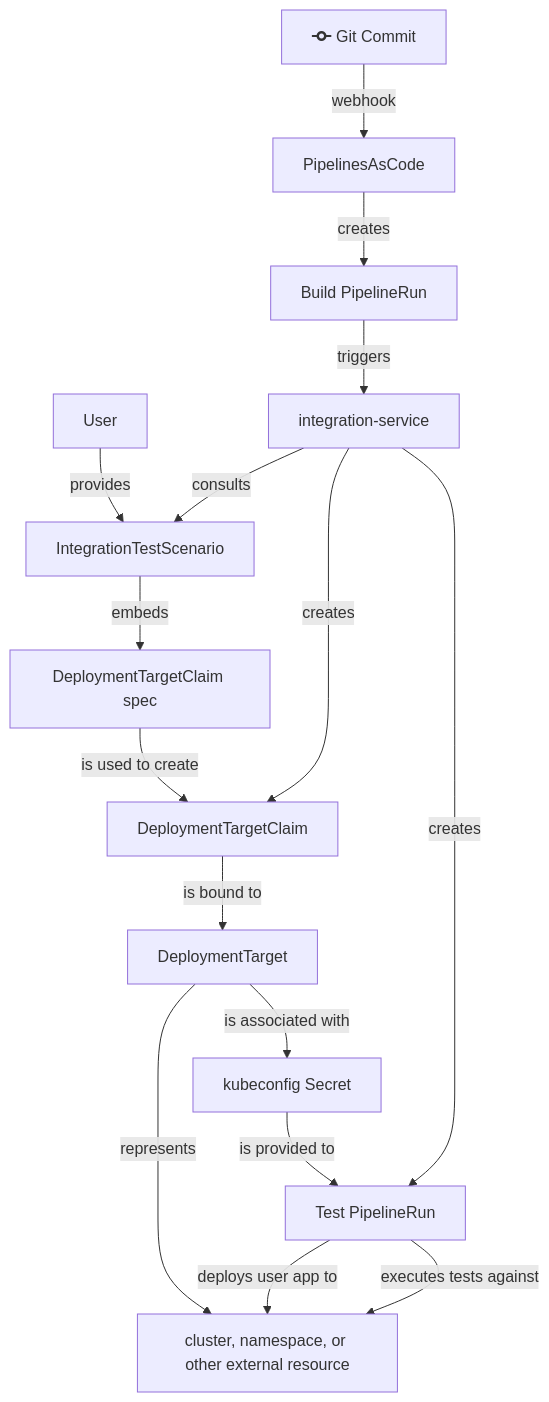
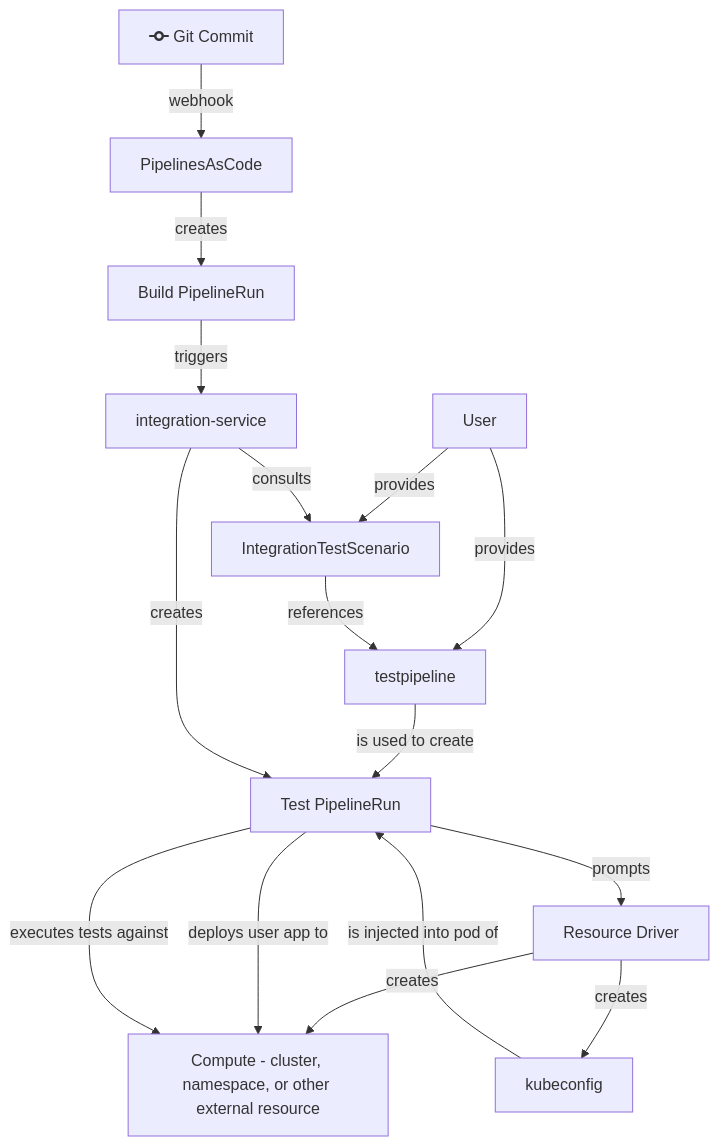
The second of 2 diagrams in ADR/0032-decoupling-deployment.md (konflux-ci/architecture), drawn with Mermaid before and after one commit. The commit also changed other lines of this file, not shown here.

Commit message:
Update Decoupling Deployments in light of dynamic resource allocation APIs

````diff
--- a/ADR/0032-decoupling-deployment.md
+++ b/ADR/0032-decoupling-deployment.md
@@ -136,18 +142,18 @@
 ```mermaid
 flowchart TD
     User --> |provides| IntegrationTestScenario
-    IntegrationTestScenario --> |embeds| spec[DeploymentTargetClaim spec]
+    User --> |provides| testpipeline
     commit[fa:fa-code-commit Git Commit] --> |webhook| PipelinesAsCode
     PipelinesAsCode --> |creates| build[Build PipelineRun]
     build --> |triggers| integration-service
     integration-service --> |consults| IntegrationTestScenario
-    spec --> |is used to create| DeploymentTargetClaim
-    integration-service --> |creates| DeploymentTargetClaim
-    DeploymentTargetClaim --> |is bound to| DeploymentTarget
-    DeploymentTarget --> |is associated with| kubeconfig[kubeconfig Secret]
-    kubeconfig --> |is provided to| test
-    integration-service --> |creates| test[Test PipelineRun]
-    DeploymentTarget --> |represents| cluster[cluster, namespace, or other external resource]
-    test --> |deploys user app to| cluster
-    test --> |executes tests against| cluster
+    IntegrationTestScenario --> |references| testpipeline
+    testpipeline --> |is used to create| testpipelinerun
+    testpipelinerun --> |prompts| driver[Resource Driver]
+    driver --> |creates| compute[Compute - cluster, namespace, or other external resource]
+    driver --> |creates| kubeconfig
+    kubeconfig --> |is injected into pod of| testpipelinerun[Test PipelineRun]
+    integration-service --> |creates| testpipelinerun[Test PipelineRun]
+    testpipelinerun --> |deploys user app to| compute
+    testpipelinerun --> |executes tests against| compute
 ```
````
